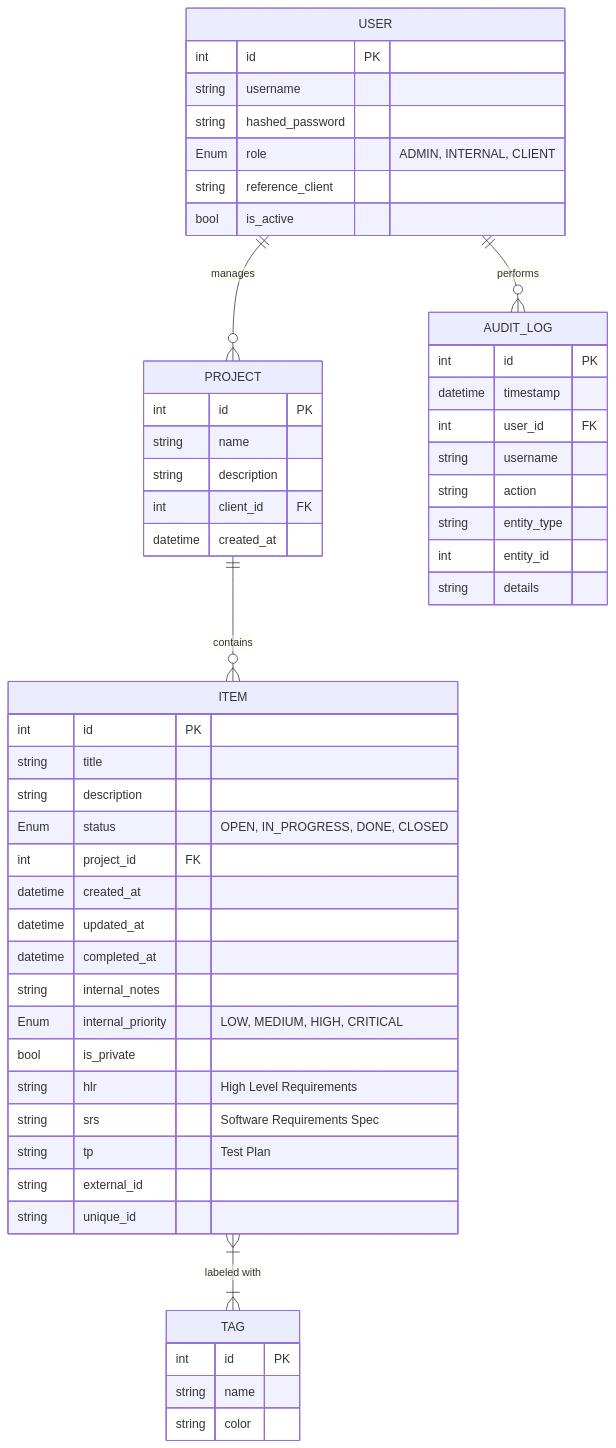
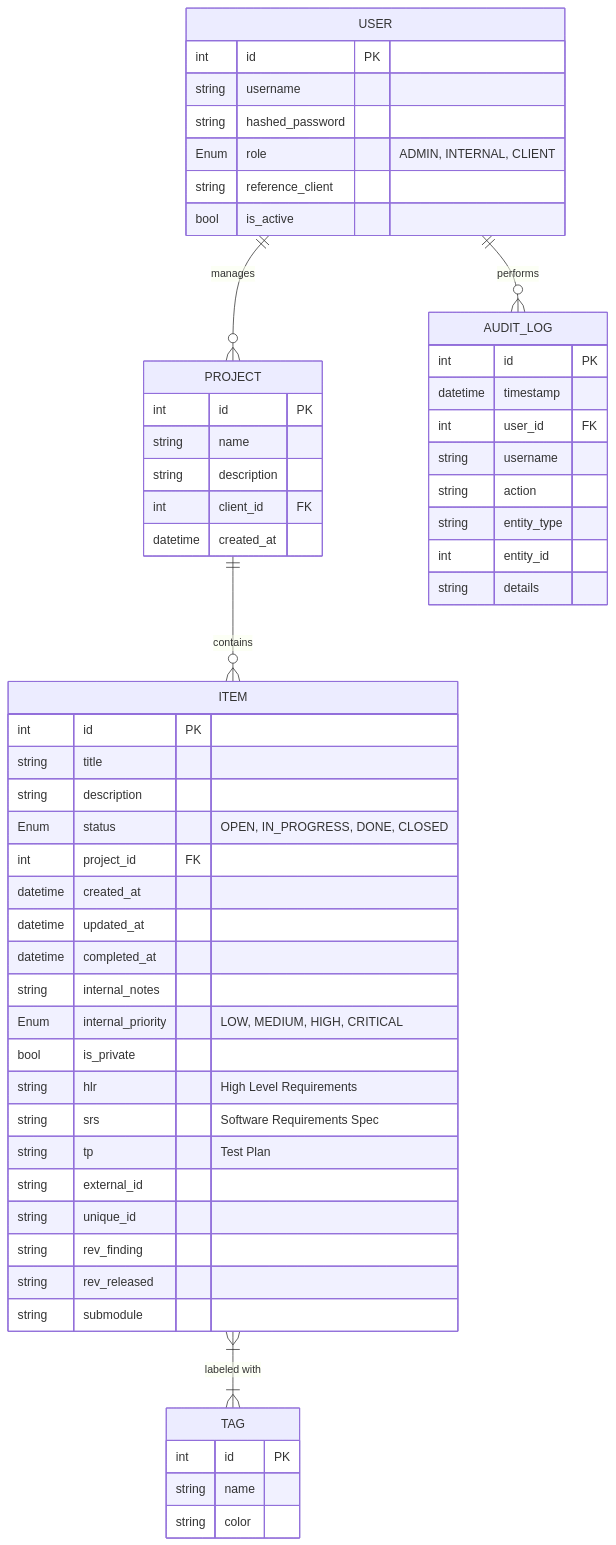
One commit to luca8744/IcebergPM changed the diagram in DB_SCHEMA.md. Above: the diagram before and after it, drawn with Mermaid. The commit also changed 8 other files, not shown here.

````diff
--- a/DB_SCHEMA.md
+++ b/DB_SCHEMA.md
@@ -7,60 +7,63 @@
 ```mermaid
 erDiagram
     USER ||--o{ PROJECT : "manages"
     USER ||--o{ AUDIT_LOG : "performs"
     PROJECT ||--o{ ITEM : "contains"
     ITEM }|--|{ TAG : "labeled with"
     
     USER {
         int id PK
         string username
         string hashed_password
         Enum role "ADMIN, INTERNAL, CLIENT"
         string reference_client
         bool is_active
     }
 
     PROJECT {
         int id PK
         string name
         string description
         int client_id FK
         datetime created_at
     }
 
     ITEM {
         int id PK
         string title
         string description
         Enum status "OPEN, IN_PROGRESS, DONE, CLOSED"
         int project_id FK
         datetime created_at
         datetime updated_at
         datetime completed_at
         string internal_notes
         Enum internal_priority "LOW, MEDIUM, HIGH, CRITICAL"
         bool is_private
         string hlr "High Level Requirements"
         string srs "Software Requirements Spec"
         string tp "Test Plan"
         string external_id
         string unique_id
+        string rev_finding
+        string rev_released
+        string submodule
     }
 
     TAG {
         int id PK
         string name
         string color
     }
 
     AUDIT_LOG {
         int id PK
         datetime timestamp
         int user_id FK
         string username
         string action
         string entity_type
         int entity_id
         string details
     }
 ```
````
